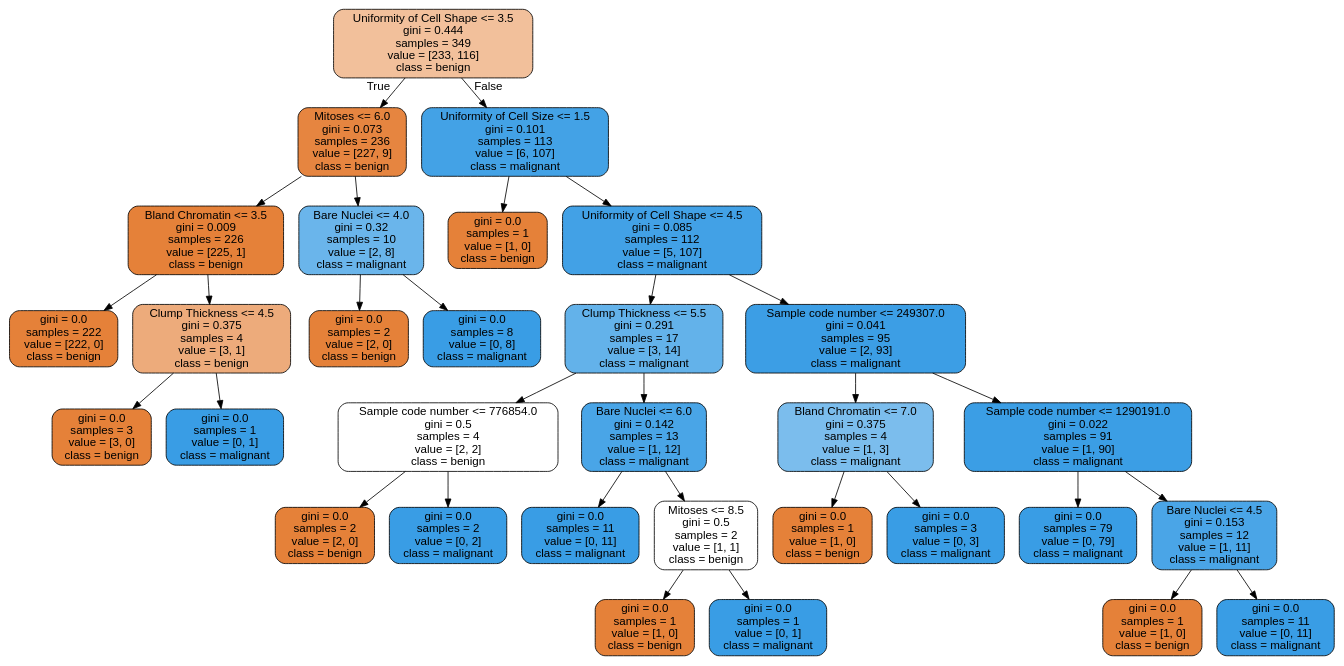
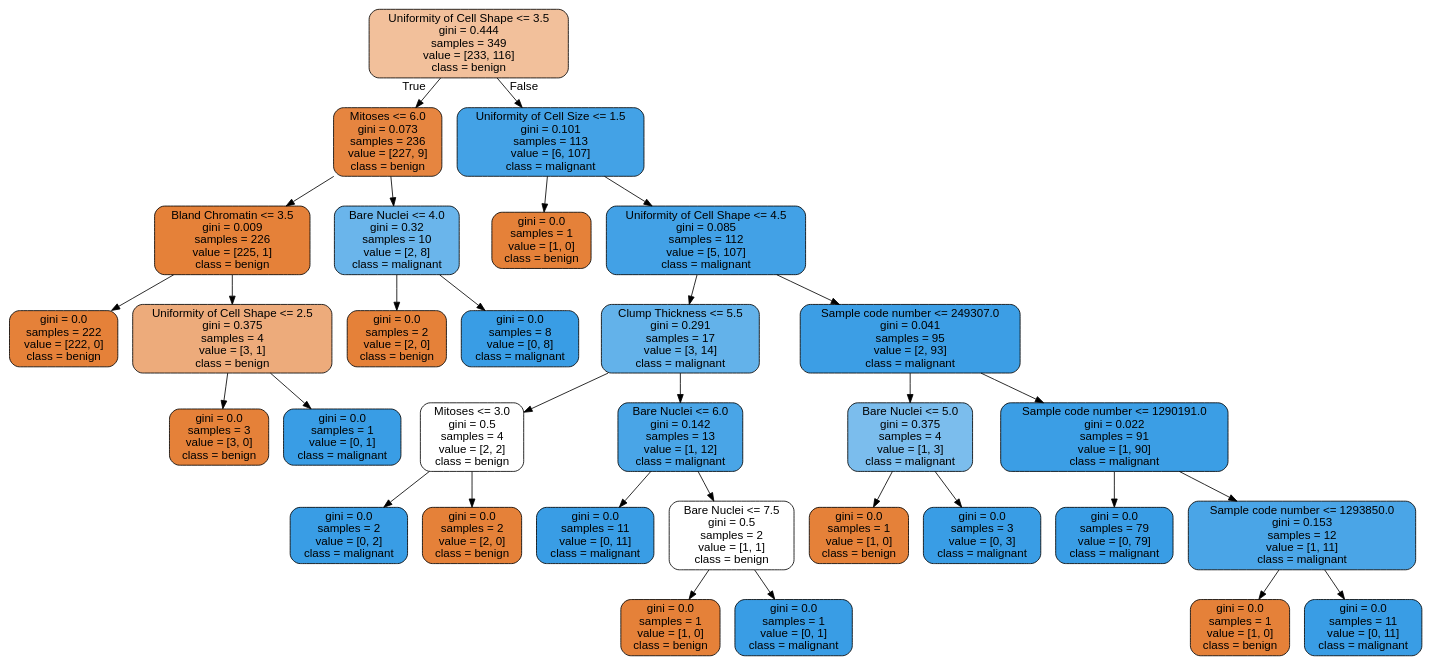
Before and after one commit to mrunders/s8-projects: the diagram in fdd/decision_tree_dotFile.dot, drawn with Graphviz. The commit also changed 6 other files, not shown here.

```diff
--- a/fdd/decision_tree_dotFile.dot
+++ b/fdd/decision_tree_dotFile.dot
@@ -1,65 +1,65 @@
 digraph Tree {
 node [shape=box, style="filled, rounded", color="black", fontname=helvetica] ;
 edge [fontname=helvetica] ;
 0 [label="Uniformity of Cell Shape <= 3.5\ngini = 0.444\nsamples = 349\nvalue = [233, 116]\nclass = benign", fillcolor="#e5813980"] ;
 1 [label="Mitoses <= 6.0\ngini = 0.073\nsamples = 236\nvalue = [227, 9]\nclass = benign", fillcolor="#e58139f5"] ;
 0 -> 1 [labeldistance=2.5, labelangle=45, headlabel="True"] ;
 2 [label="Bland Chromatin <= 3.5\ngini = 0.009\nsamples = 226\nvalue = [225, 1]\nclass = benign", fillcolor="#e58139fe"] ;
 1 -> 2 ;
 3 [label="gini = 0.0\nsamples = 222\nvalue = [222, 0]\nclass = benign", fillcolor="#e58139ff"] ;
 2 -> 3 ;
-4 [label="Clump Thickness <= 4.5\ngini = 0.375\nsamples = 4\nvalue = [3, 1]\nclass = benign", fillcolor="#e58139aa"] ;
+4 [label="Uniformity of Cell Shape <= 2.5\ngini = 0.375\nsamples = 4\nvalue = [3, 1]\nclass = benign", fillcolor="#e58139aa"] ;
 2 -> 4 ;
 5 [label="gini = 0.0\nsamples = 3\nvalue = [3, 0]\nclass = benign", fillcolor="#e58139ff"] ;
 4 -> 5 ;
 6 [label="gini = 0.0\nsamples = 1\nvalue = [0, 1]\nclass = malignant", fillcolor="#399de5ff"] ;
 4 -> 6 ;
 7 [label="Bare Nuclei <= 4.0\ngini = 0.32\nsamples = 10\nvalue = [2, 8]\nclass = malignant", fillcolor="#399de5bf"] ;
 1 -> 7 ;
 8 [label="gini = 0.0\nsamples = 2\nvalue = [2, 0]\nclass = benign", fillcolor="#e58139ff"] ;
 7 -> 8 ;
 9 [label="gini = 0.0\nsamples = 8\nvalue = [0, 8]\nclass = malignant", fillcolor="#399de5ff"] ;
 7 -> 9 ;
 10 [label="Uniformity of Cell Size <= 1.5\ngini = 0.101\nsamples = 113\nvalue = [6, 107]\nclass = malignant", fillcolor="#399de5f1"] ;
 0 -> 10 [labeldistance=2.5, labelangle=-45, headlabel="False"] ;
 11 [label="gini = 0.0\nsamples = 1\nvalue = [1, 0]\nclass = benign", fillcolor="#e58139ff"] ;
 10 -> 11 ;
 12 [label="Uniformity of Cell Shape <= 4.5\ngini = 0.085\nsamples = 112\nvalue = [5, 107]\nclass = malignant", fillcolor="#399de5f3"] ;
 10 -> 12 ;
 13 [label="Clump Thickness <= 5.5\ngini = 0.291\nsamples = 17\nvalue = [3, 14]\nclass = malignant", fillcolor="#399de5c8"] ;
 12 -> 13 ;
-14 [label="Sample code number <= 776854.0\ngini = 0.5\nsamples = 4\nvalue = [2, 2]\nclass = benign", fillcolor="#e5813900"] ;
+14 [label="Mitoses <= 3.0\ngini = 0.5\nsamples = 4\nvalue = [2, 2]\nclass = benign", fillcolor="#e5813900"] ;
 13 -> 14 ;
-15 [label="gini = 0.0\nsamples = 2\nvalue = [2, 0]\nclass = benign", fillcolor="#e58139ff"] ;
+15 [label="gini = 0.0\nsamples = 2\nvalue = [0, 2]\nclass = malignant", fillcolor="#399de5ff"] ;
 14 -> 15 ;
-16 [label="gini = 0.0\nsamples = 2\nvalue = [0, 2]\nclass = malignant", fillcolor="#399de5ff"] ;
+16 [label="gini = 0.0\nsamples = 2\nvalue = [2, 0]\nclass = benign", fillcolor="#e58139ff"] ;
 14 -> 16 ;
 17 [label="Bare Nuclei <= 6.0\ngini = 0.142\nsamples = 13\nvalue = [1, 12]\nclass = malignant", fillcolor="#399de5ea"] ;
 13 -> 17 ;
 18 [label="gini = 0.0\nsamples = 11\nvalue = [0, 11]\nclass = malignant", fillcolor="#399de5ff"] ;
 17 -> 18 ;
-19 [label="Mitoses <= 8.5\ngini = 0.5\nsamples = 2\nvalue = [1, 1]\nclass = benign", fillcolor="#e5813900"] ;
+19 [label="Bare Nuclei <= 7.5\ngini = 0.5\nsamples = 2\nvalue = [1, 1]\nclass = benign", fillcolor="#e5813900"] ;
 17 -> 19 ;
 20 [label="gini = 0.0\nsamples = 1\nvalue = [1, 0]\nclass = benign", fillcolor="#e58139ff"] ;
 19 -> 20 ;
 21 [label="gini = 0.0\nsamples = 1\nvalue = [0, 1]\nclass = malignant", fillcolor="#399de5ff"] ;
 19 -> 21 ;
 22 [label="Sample code number <= 249307.0\ngini = 0.041\nsamples = 95\nvalue = [2, 93]\nclass = malignant", fillcolor="#399de5fa"] ;
 12 -> 22 ;
-23 [label="Bland Chromatin <= 7.0\ngini = 0.375\nsamples = 4\nvalue = [1, 3]\nclass = malignant", fillcolor="#399de5aa"] ;
+23 [label="Bare Nuclei <= 5.0\ngini = 0.375\nsamples = 4\nvalue = [1, 3]\nclass = malignant", fillcolor="#399de5aa"] ;
 22 -> 23 ;
 24 [label="gini = 0.0\nsamples = 1\nvalue = [1, 0]\nclass = benign", fillcolor="#e58139ff"] ;
 23 -> 24 ;
 25 [label="gini = 0.0\nsamples = 3\nvalue = [0, 3]\nclass = malignant", fillcolor="#399de5ff"] ;
 23 -> 25 ;
 26 [label="Sample code number <= 1290191.0\ngini = 0.022\nsamples = 91\nvalue = [1, 90]\nclass = malignant", fillcolor="#399de5fc"] ;
 22 -> 26 ;
 27 [label="gini = 0.0\nsamples = 79\nvalue = [0, 79]\nclass = malignant", fillcolor="#399de5ff"] ;
 26 -> 27 ;
-28 [label="Bare Nuclei <= 4.5\ngini = 0.153\nsamples = 12\nvalue = [1, 11]\nclass = malignant", fillcolor="#399de5e8"] ;
+28 [label="Sample code number <= 1293850.0\ngini = 0.153\nsamples = 12\nvalue = [1, 11]\nclass = malignant", fillcolor="#399de5e8"] ;
 26 -> 28 ;
 29 [label="gini = 0.0\nsamples = 1\nvalue = [1, 0]\nclass = benign", fillcolor="#e58139ff"] ;
 28 -> 29 ;
 30 [label="gini = 0.0\nsamples = 11\nvalue = [0, 11]\nclass = malignant", fillcolor="#399de5ff"] ;
 28 -> 30 ;
 }
```
